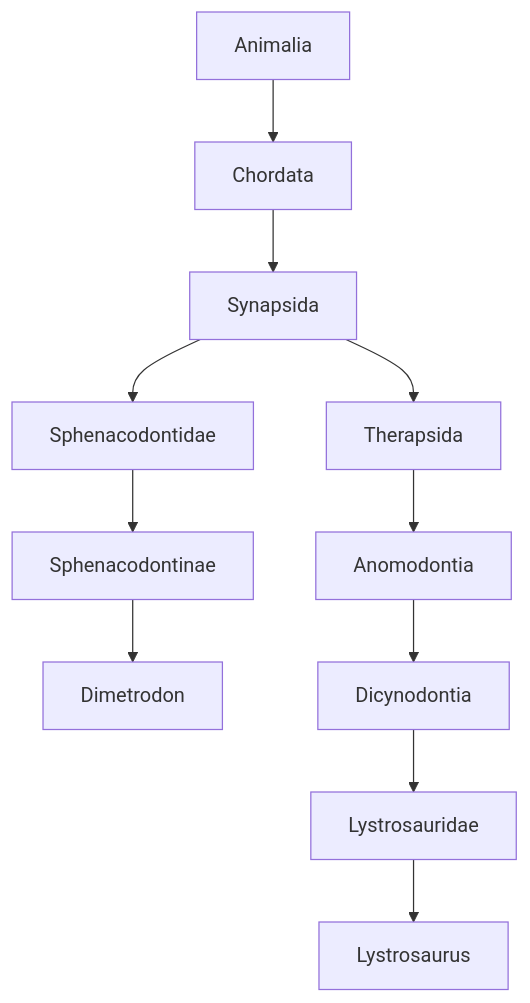
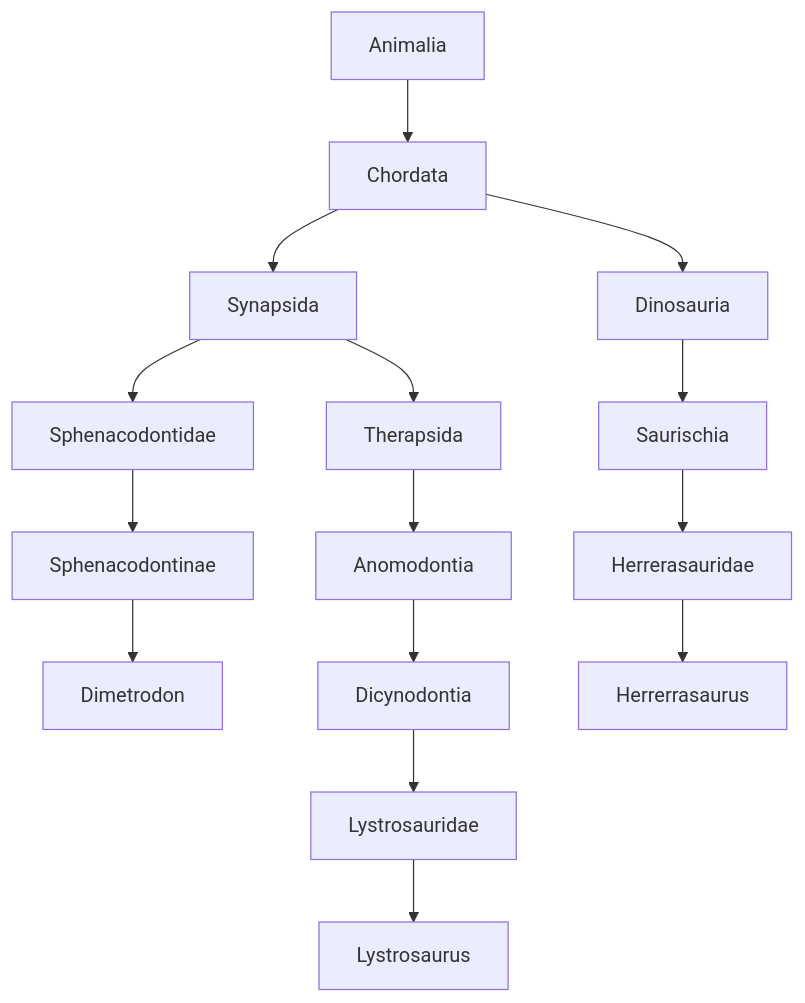
One commit to jackdixonryan/JWE2-Taxonomy changed the diagram in readme.md. Above: the diagram before and after it, drawn with Mermaid.

Commit message:
Herrerrasaurus

````diff
--- a/readme.md
+++ b/readme.md
@@ -3,15 +3,20 @@
 ```mermaid
 graph TD;
 
 Animalia-->Chordata
 Chordata-->Synapsida
 Synapsida-->Sphenacodontidae
 Sphenacodontidae-->Sphenacodontinae
 Sphenacodontinae-->Dimetrodon
 
 Synapsida-->Therapsida
 Therapsida-->Anomodontia
 Anomodontia-->Dicynodontia
 Dicynodontia-->Lystrosauridae
 Lystrosauridae-->Lystrosaurus
+
+Chordata-->Dinosauria
+Dinosauria-->Saurischia
+Saurischia-->Herrerasauridae
+Herrerasauridae-->Herrerrasaurus
 ```
````
